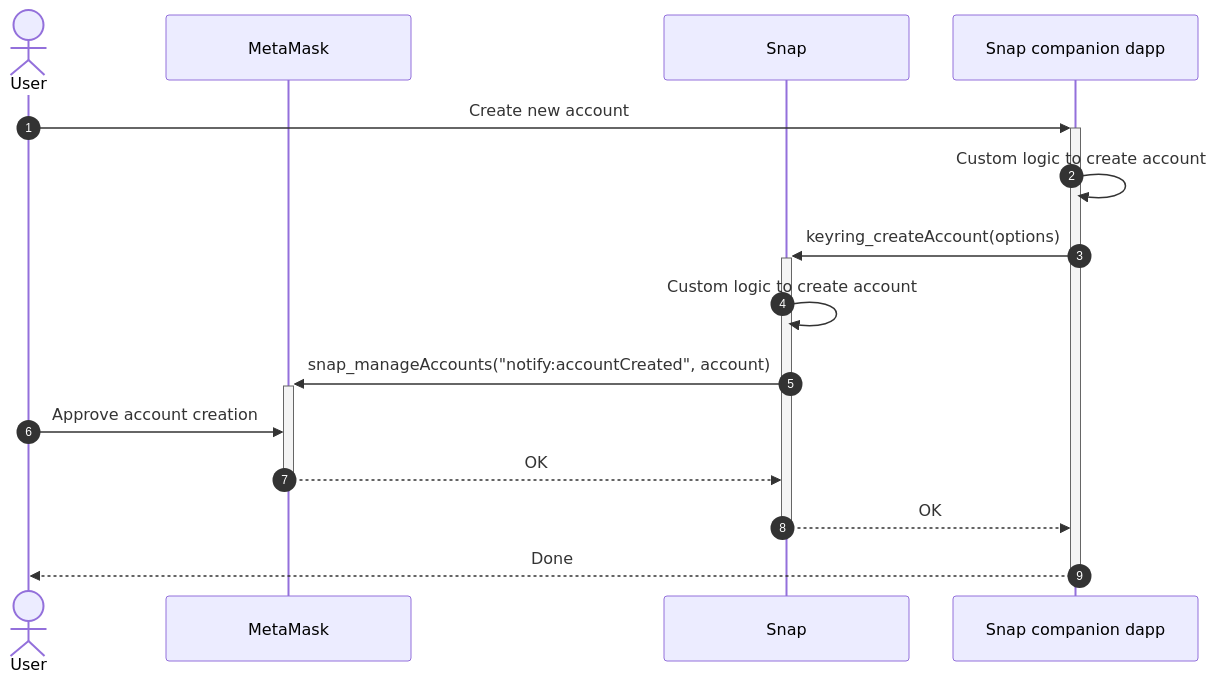
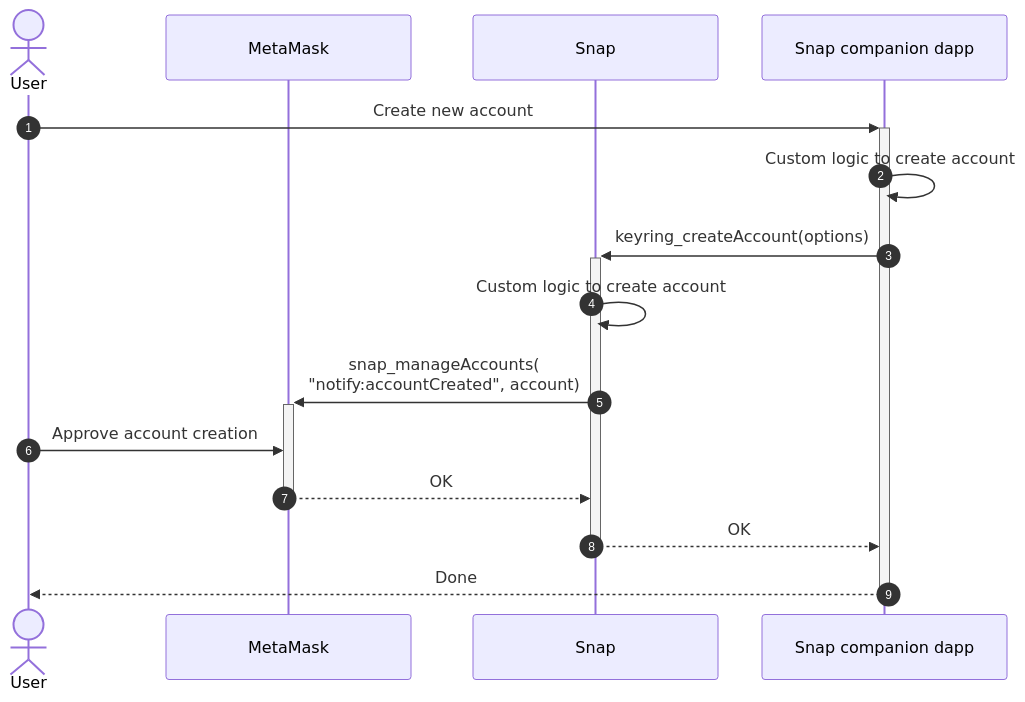
The third of 5 diagrams in snaps/concepts/keyring-api.md (MetaMask/metamask-docs), drawn with Mermaid before and after one commit. The commit also changed other lines of this file, not shown here.

Commit message:
Force line break in sequence diagram to prevent bad text wrapping

````diff
--- a/snaps/concepts/keyring-api.md
+++ b/snaps/concepts/keyring-api.md
@@ -116,28 +116,28 @@
 ```mermaid
 %%{
   init: {
     'sequence': {
       'actorMargin': 15,
       'width': 245
     }
   }
 }%%
 
 sequenceDiagram
 autonumber
 
 actor User
 participant MetaMask
 participant Snap
 participant Site as Snap companion dapp
 
 User ->>+ Site: Create new account
 Site ->> Site: Custom logic to create account
 Site ->>+ Snap: keyring_createAccount(options)
 Snap ->> Snap: Custom logic to create account
-Snap ->>+ MetaMask: snap_manageAccounts("notify:accountCreated", account)
+Snap ->>+ MetaMask: snap_manageAccounts(<br/>"notify:accountCreated", account)
 User ->> MetaMask: Approve account creation
 MetaMask -->>- Snap: OK
 Snap -->>- Site: OK
 Site -->>- User: Done
 ```
````
